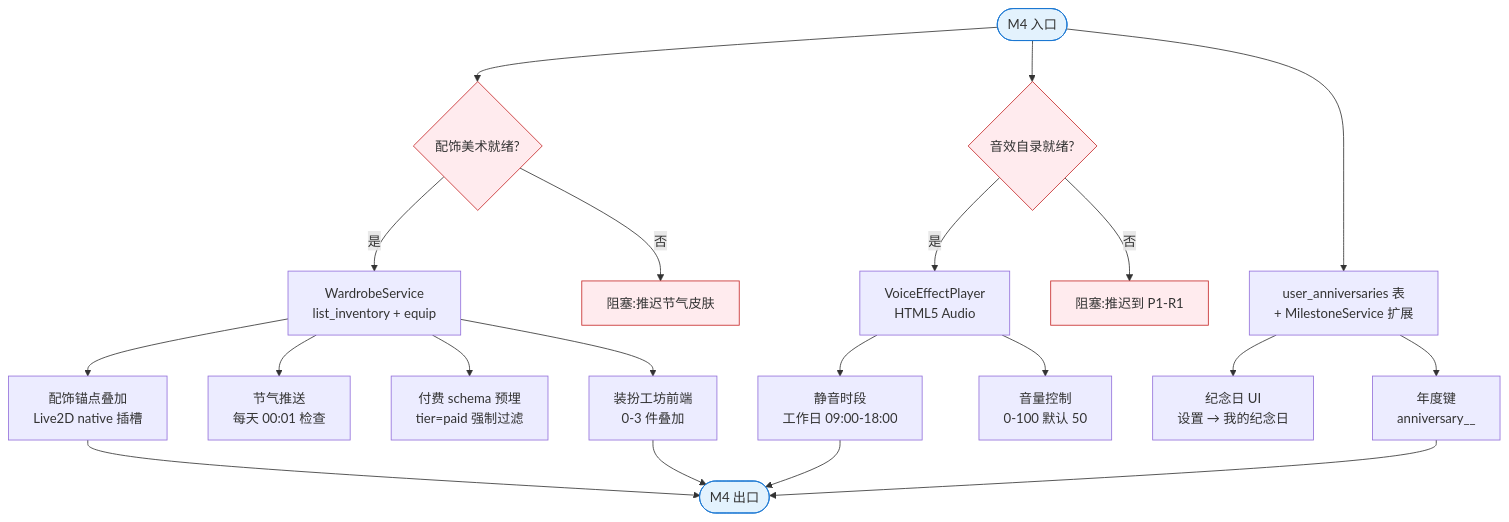
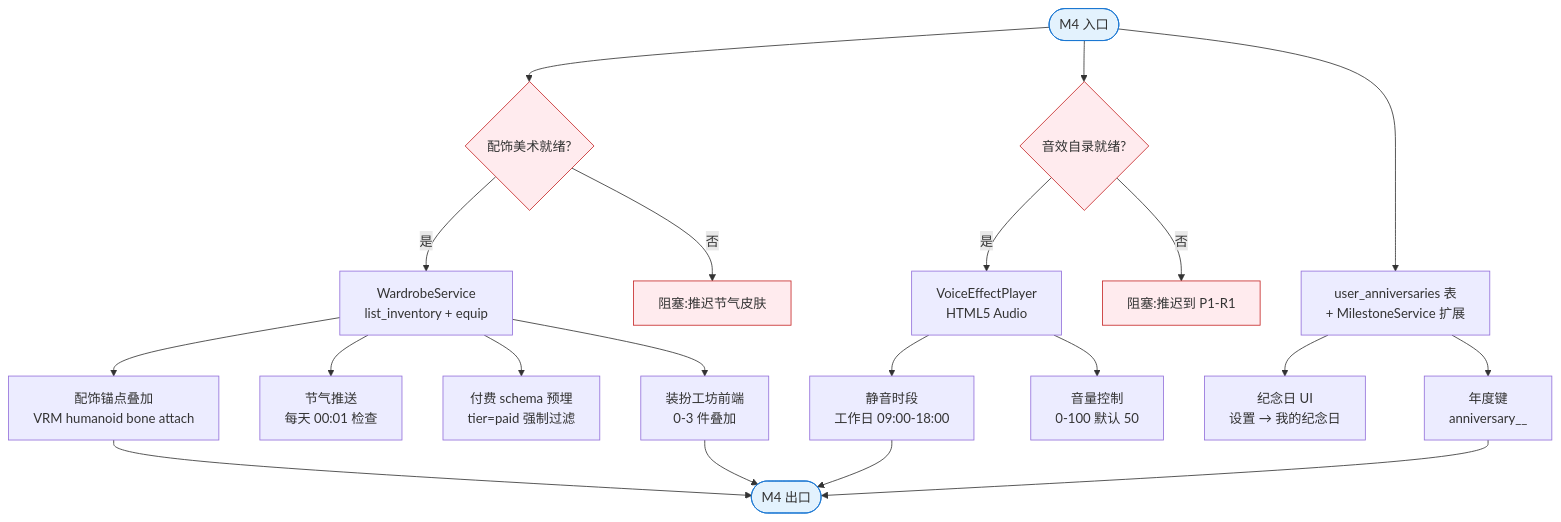
One commit to tl0502/aipet changed the tenth of 16 diagrams in docs/AIPET-obsidian/2026-05-01-development-roadmap-v1.0.md. Above: the diagram before and after it, drawn with Mermaid. The commit also changed other lines of this file and 11 other files, not shown here.

First line of the commit message:
docs(baseline): align v1.0 to VRM, supersede Live2D ADR-002/003

````diff
--- a/docs/AIPET-obsidian/2026-05-01-development-roadmap-v1.0.md
+++ b/docs/AIPET-obsidian/2026-05-01-development-roadmap-v1.0.md
@@ -447,35 +447,35 @@
 ```mermaid
 graph TD
     M4Start([M4 入口])
     M4Start --> Pre1{配饰美术就绪?}
     M4Start --> Pre2{音效自录就绪?}
 
     Pre1 -->|是| A4[WardrobeService<br/>list_inventory + equip]
     Pre1 -->|否| Block1[阻塞:推迟节气皮肤]
 
-    A4 --> B4[配饰锚点叠加<br/>Live2D native 插槽]
+    A4 --> B4[配饰锚点叠加<br/>VRM humanoid bone attach]
     A4 --> C4[节气推送<br/>每天 00:01 检查]
     A4 --> D4[付费 schema 预埋<br/>tier=paid 强制过滤]
 
     Pre2 -->|是| E4[VoiceEffectPlayer<br/>HTML5 Audio]
     Pre2 -->|否| Block2[阻塞:推迟到 P1-R1]
 
     E4 --> F4[静音时段<br/>工作日 09:00-18:00]
     E4 --> G4[音量控制<br/>0-100 默认 50]
 
     M4Start --> H4[user_anniversaries 表<br/>+ MilestoneService 扩展]
     H4 --> I4[纪念日 UI<br/>设置 → 我的纪念日]
     H4 --> J4[年度键<br/>anniversary_<key>_<YYYY>]
 
     A4 --> K4[装扮工坊前端<br/>0-3 件叠加]
 
     B4 --> M4End([M4 出口])
     F4 --> M4End
     J4 --> M4End
     K4 --> M4End
 
     classDef start fill:#e3f2fd,stroke:#1976d2
     classDef block fill:#ffebee,stroke:#c62828
     class M4Start,M4End start
     class Pre1,Pre2,Block1,Block2 block
 ```
````
